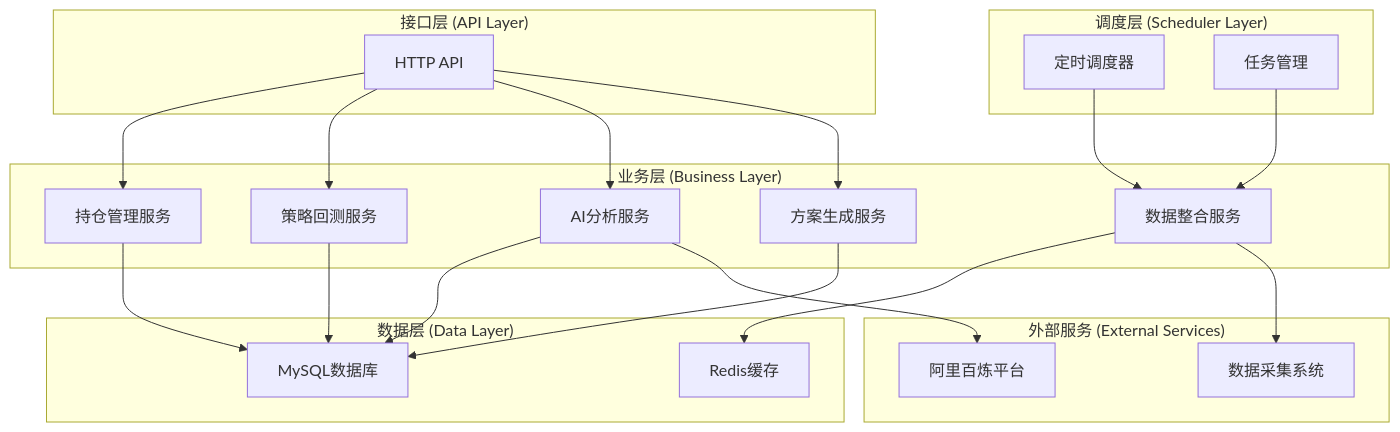
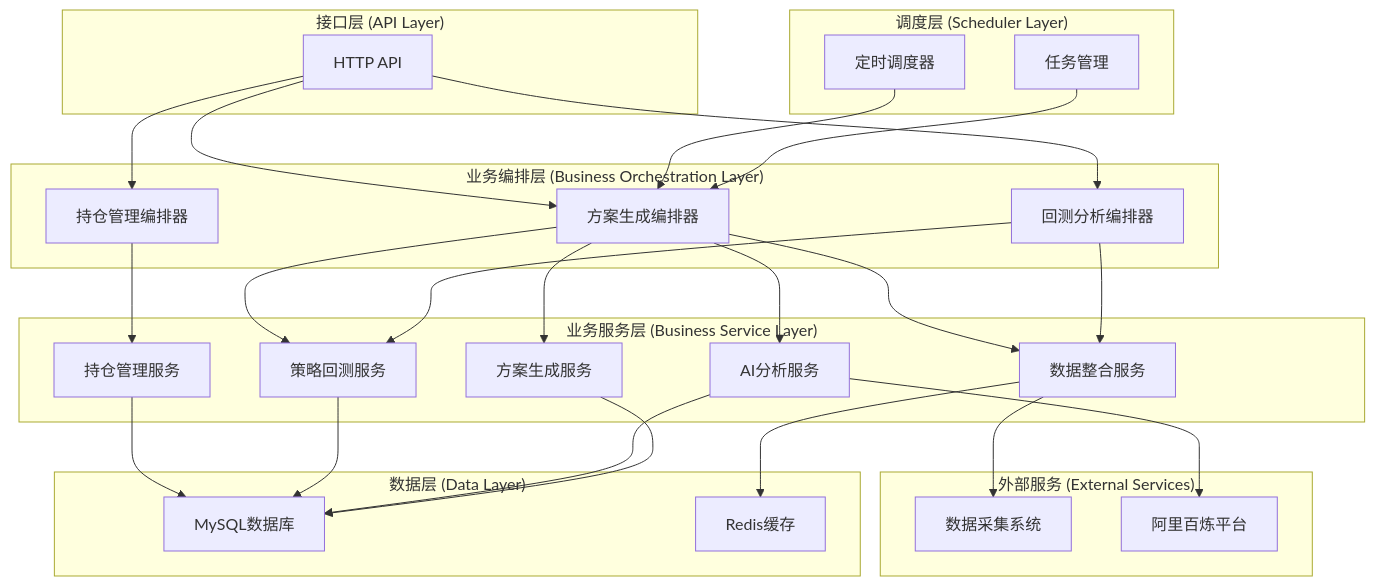
One commit to Casper-Mars/trading changed the first of 2 diagrams in .trae/documents/quantitative_system_design_backend.md. Above: the diagram before and after it, drawn with Mermaid. The commit also changed other lines of this file and 1 other file, not shown here.

````diff
--- a/.trae/documents/quantitative_system_design_backend.md
+++ b/.trae/documents/quantitative_system_design_backend.md
@@ -29,45 +30,58 @@
 ```mermaid
 graph TB
     subgraph "接口层 (API Layer)"
         A1[HTTP API]
     end
     
     subgraph "调度层 (Scheduler Layer)"
         A2[定时调度器]
         A3[任务管理]
     end
     
-    subgraph "业务层 (Business Layer)"
-        B1[持仓管理服务]
-        B2[策略回测服务]
-        B3[AI分析服务]
-        B4[方案生成服务]
-        B5[数据整合服务]
+    subgraph "业务编排层 (Business Orchestration Layer)"
+        B1[方案生成编排器]
+        B2[回测分析编排器]
+        B3[持仓管理编排器]
+    end
+    
+    subgraph "业务服务层 (Business Service Layer)"
+        C1[持仓管理服务]
+        C2[策略回测服务]
+        C3[AI分析服务]
+        C4[方案生成服务]
+        C5[数据整合服务]
     end
     
     subgraph "数据层 (Data Layer)"
-        C1[MySQL数据库]
-        C2[Redis缓存]
+        D1[MySQL数据库]
+        D2[Redis缓存]
     end
     
     subgraph "外部服务 (External Services)"
-        D1[数据采集系统]
-        D2[阿里百炼平台]
+        E1[数据采集系统]
+        E2[阿里百炼平台]
     end
     
     A1 --> B1
     A1 --> B2
     A1 --> B3
-    A1 --> B4
-    A2 --> B5
-    A3 --> B5
+    A2 --> B1
+    A3 --> B1
     
-    B1 --> C1
-    B2 --> C1
+    B1 --> C5
+    B1 --> C2
+    B1 --> C3
+    B1 --> C4
+    B2 --> C2
+    B2 --> C5
     B3 --> C1
-    B4 --> C1
-    B5 --> C2
     
-    B5 --> D1
-    B3 --> D2
+    C1 --> D1
+    C2 --> D1
+    C3 --> D1
+    C4 --> D1
+    C5 --> D2
+    
+    C5 --> E1
+    C3 --> E2
 ```
````
